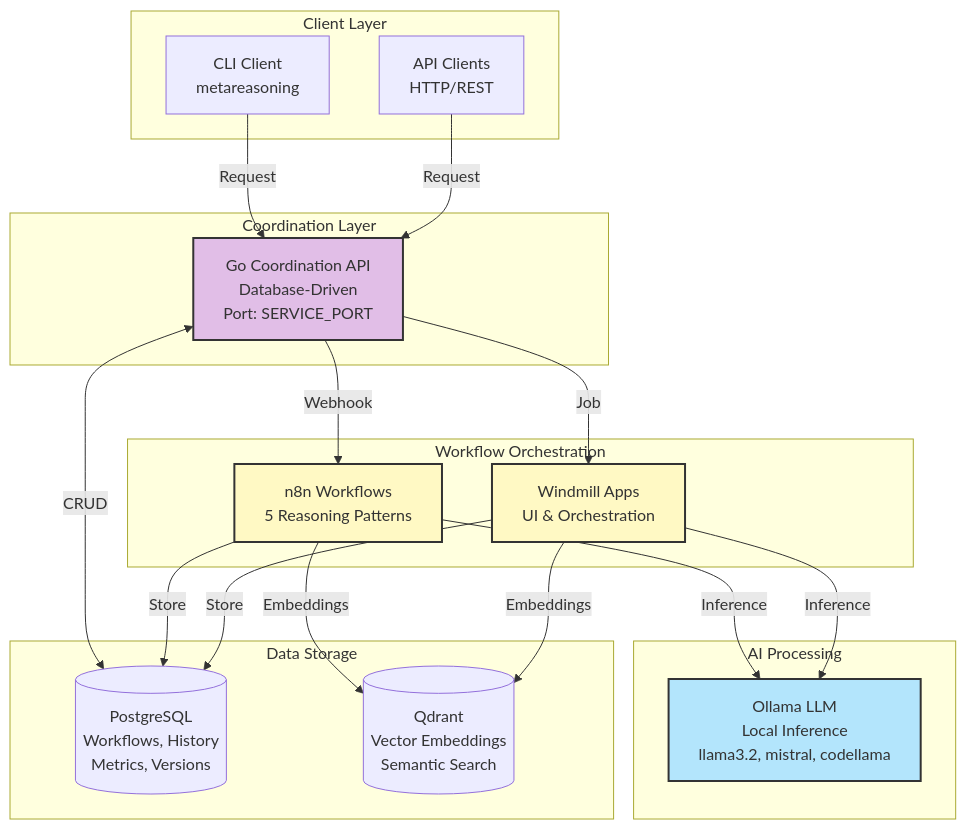
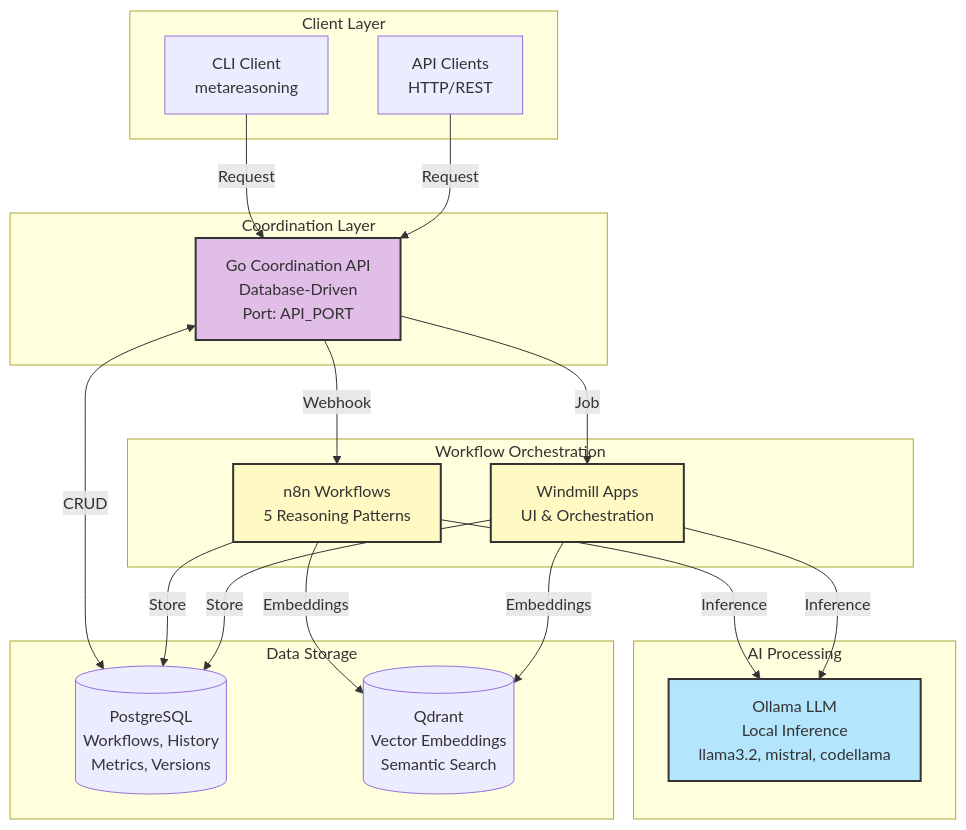
The diagram in scenarios/agent-metareasoning-manager/README.md (Vrooli/Vrooli), drawn with Mermaid before and after one commit. The commit also changed other lines of this file and 65 other files, not shown here.

````diff
--- a/scenarios/agent-metareasoning-manager/README.md
+++ b/scenarios/agent-metareasoning-manager/README.md
@@ -16,42 +16,42 @@
 ```mermaid
 flowchart TB
     subgraph "Client Layer"
         CLI[CLI Client<br/>metareasoning]
         API_CLIENT[API Clients<br/>HTTP/REST]
     end
     
     subgraph "Coordination Layer"
-        GO_API[Go Coordination API<br/>Database-Driven<br/>Port: SERVICE_PORT]
+        GO_API[Go Coordination API<br/>Database-Driven<br/>Port: API_PORT]
     end
     
     subgraph "Workflow Orchestration"
         N8N[n8n Workflows<br/>5 Reasoning Patterns]
         WINDMILL[Windmill Apps<br/>UI & Orchestration]
     end
     
     subgraph "AI Processing"
         OLLAMA[Ollama LLM<br/>Local Inference<br/>llama3.2, mistral, codellama]
     end
     
     subgraph "Data Storage"
         POSTGRES[(PostgreSQL<br/>Workflows, History<br/>Metrics, Versions)]
         QDRANT[(Qdrant<br/>Vector Embeddings<br/>Semantic Search)]
     end
     
     CLI -->|Request| GO_API
     API_CLIENT -->|Request| GO_API
     GO_API -->|Webhook| N8N
     GO_API -->|Job| WINDMILL
     GO_API <-->|CRUD| POSTGRES
     N8N -->|Inference| OLLAMA
     WINDMILL -->|Inference| OLLAMA
     N8N -->|Store| POSTGRES
     WINDMILL -->|Store| POSTGRES
     N8N -->|Embeddings| QDRANT
     WINDMILL -->|Embeddings| QDRANT
     
     style GO_API fill:#e1bee7,stroke:#333,stroke-width:2px
     style OLLAMA fill:#b3e5fc,stroke:#333,stroke-width:2px
     style N8N fill:#fff9c4,stroke:#333,stroke-width:2px
     style WINDMILL fill:#fff9c4,stroke:#333,stroke-width:2px
 ```
````
